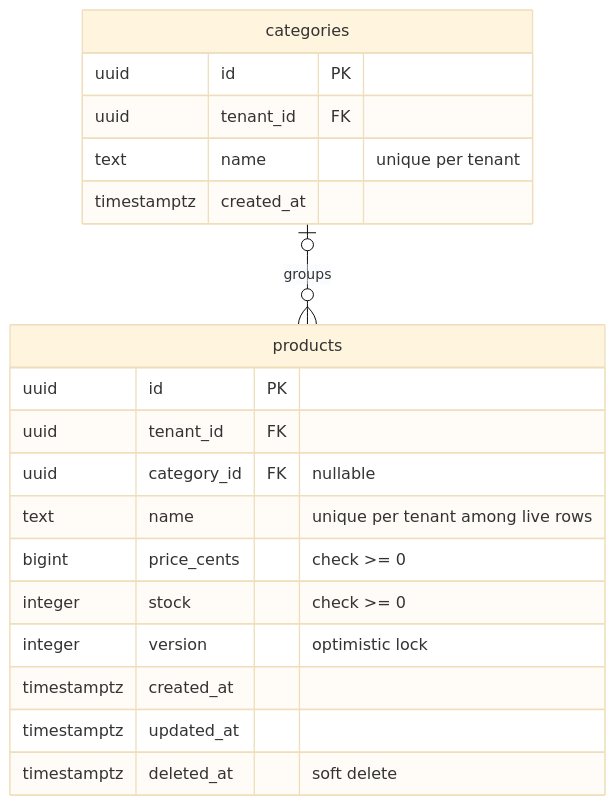
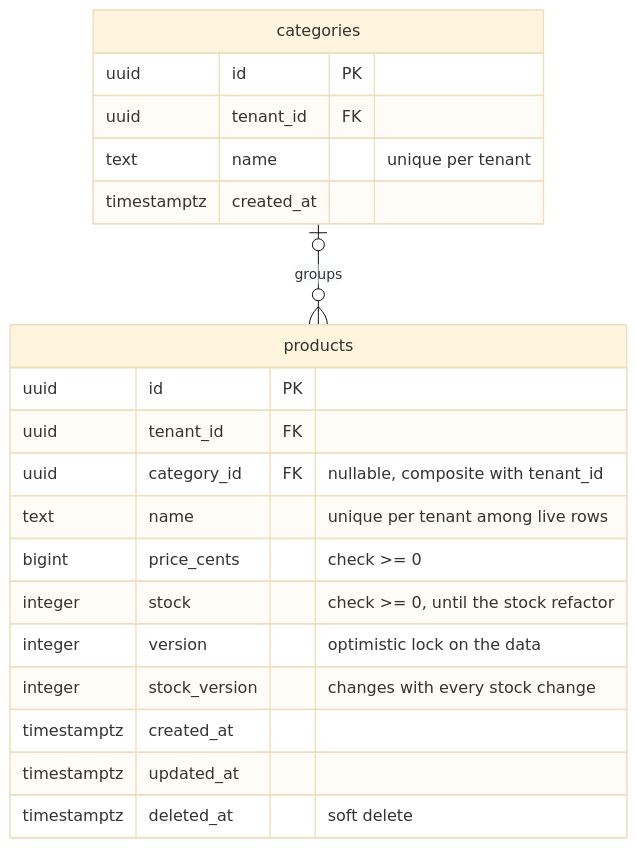
One commit to ronz204/poc-data-access changed the third of 7 diagrams in drizzle/DIAGRAM.md. Above: the diagram before and after it, drawn with Mermaid (base theme). The commit also changed other lines of this file, not shown here.

Commit message:
docs(db): sync data model diagram with specs

````diff
--- a/drizzle/DIAGRAM.md
+++ b/drizzle/DIAGRAM.md
@@ -160,22 +172,23 @@
 ```mermaid
 erDiagram
     categories {
         uuid id PK
         uuid tenant_id FK
         text name "unique per tenant"
         timestamptz created_at
     }
     products {
         uuid id PK
         uuid tenant_id FK
-        uuid category_id FK "nullable"
+        uuid category_id FK "nullable, composite with tenant_id"
         text name "unique per tenant among live rows"
         bigint price_cents "check >= 0"
-        integer stock "check >= 0"
-        integer version "optimistic lock"
+        integer stock "check >= 0, until the stock refactor"
+        integer version "optimistic lock on the data"
+        integer stock_version "changes with every stock change"
         timestamptz created_at
         timestamptz updated_at
         timestamptz deleted_at "soft delete"
     }
     categories |o--o{ products : groups
 ```
````
